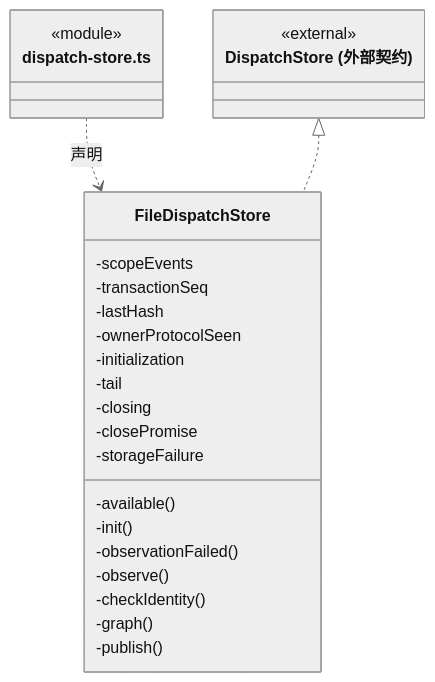
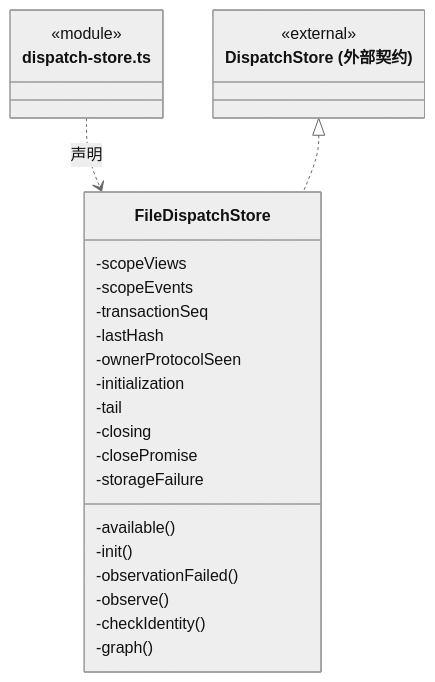
The second of 4 diagrams in src/logic/dispatch/storage/ARCHITECTURE.md (nan023062/cbim), drawn with Mermaid (neutral theme) before and after one commit. The commit also changed other lines of this file and 139 other files, not shown here.

Commit message:
docs(architecture): add source reading paths and complete file inventories

````diff
--- a/src/logic/dispatch/storage/ARCHITECTURE.md
+++ b/src/logic/dispatch/storage/ARCHITECTURE.md
@@ -71,29 +75,29 @@
 ```mermaid
 classDiagram
 class N_src_logic_dispatch_storage_dispatch_store_ts["dispatch-store.ts"] {
   <<module>>
 }
 class N_src_logic_dispatch_storage_dispatch_store_ts_FileDispatchStore["FileDispatchStore"] {
+  -scopeViews
   -scopeEvents
   -transactionSeq
   -lastHash
   -ownerProtocolSeen
   -initialization
   -tail
   -closing
   -closePromise
   -storageFailure
   -available()
   -init()
   -observationFailed()
   -observe()
   -checkIdentity()
   -graph()
-  -publish()
 }
 N_src_logic_dispatch_storage_dispatch_store_ts ..> N_src_logic_dispatch_storage_dispatch_store_ts_FileDispatchStore : 声明
 class N_src_logic_dispatch_storage_dispatch_store_ts_external_DispatchStore["DispatchStore (外部契约)"] {
   <<external>>
 }
 N_src_logic_dispatch_storage_dispatch_store_ts_external_DispatchStore <|.. N_src_logic_dispatch_storage_dispatch_store_ts_FileDispatchStore
 ```
````
